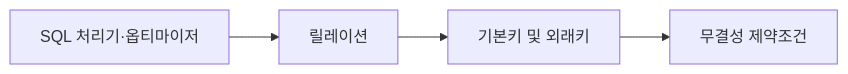
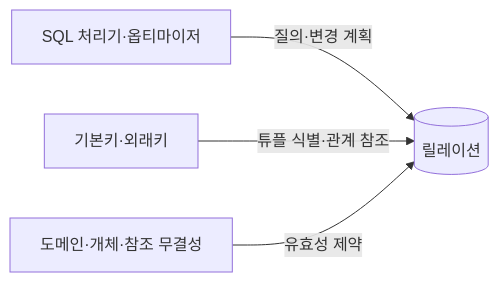
Before and after one commit to agnusdei1207/knowledge-base: the first of 2 diagrams in src/content/docs/notes/03-software/084_relational_database.md, drawn with Mermaid. The commit also changed other lines of this file and 13 other files, not shown here.

````diff
--- a/src/content/docs/notes/03-software/084_relational_database.md
+++ b/src/content/docs/notes/03-software/084_relational_database.md
@@ -62,6 +62,10 @@
 ```mermaid
 flowchart LR
-    Q["SQL 처리기·옵티마이저"] --> R["릴레이션"]
-    R --> K["기본키 및 외래키"]
-    K --> I["무결성 제약조건"]
+    Q[SQL 처리기·옵티마이저]
+    R[(릴레이션)]
+    K[기본키·외래키]
+    I[도메인·개체·참조 무결성]
+    Q -->|질의·변경 계획| R
+    K -->|튜플 식별·관계 참조| R
+    I -->|유효성 제약| R
 ```
````
